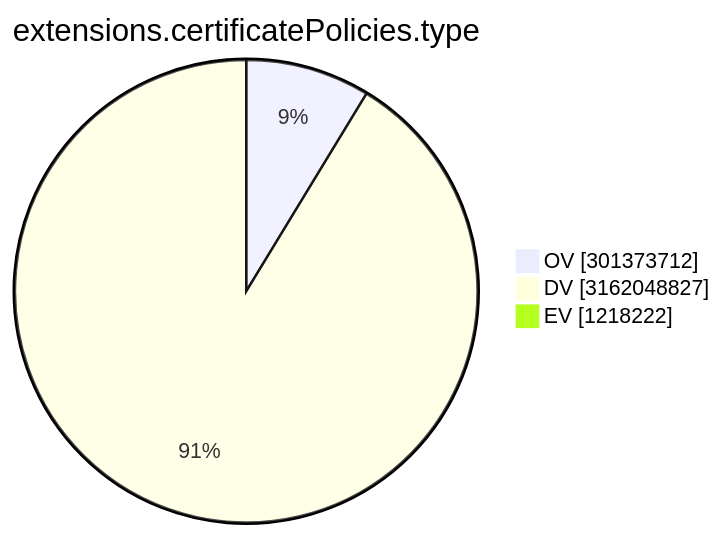
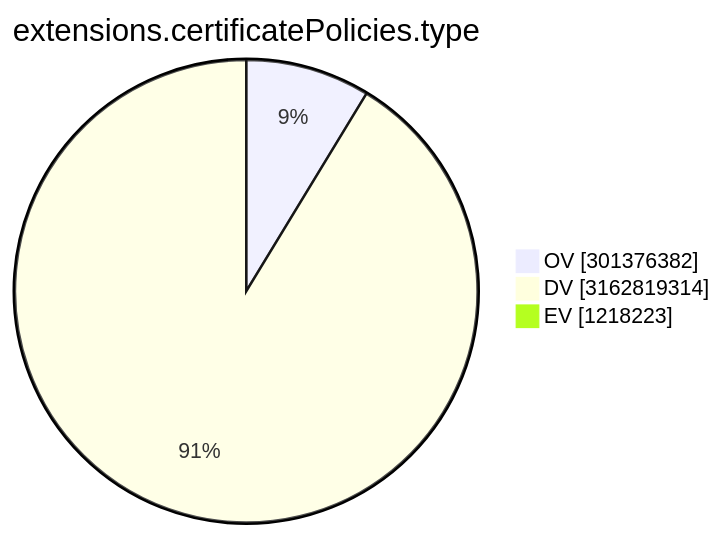
Before and after one commit to christiankrug/ctmonitor_visualization: the ninth of 15 diagrams in TOTAL/README.md, drawn with Mermaid. The commit also changed other lines of this file, not shown here.

````diff
--- a/TOTAL/README.md
+++ b/TOTAL/README.md
@@ -3105,7 +3105,7 @@
 ```mermaid
 pie showData
 title extensions.certificatePolicies.type
-"OV" :301373712
-"DV" :3162048827
-"EV" :1218222
+"OV" :301376382
+"DV" :3162819314
+"EV" :1218223
 ```
````
